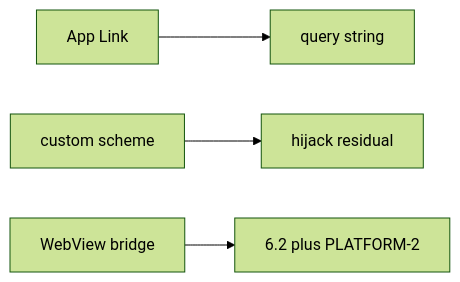
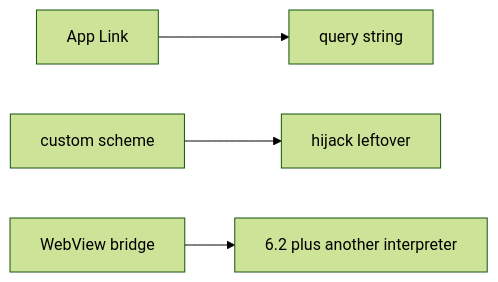
The second of 2 diagrams in content/modules/8/8.3/lessons/02-model.md (ishitvagoel/LearnSecurity), drawn with Mermaid (forest theme) before and after one commit. The commit also changed other lines of this file and 39 other files, not shown here.

````diff
--- a/content/modules/8/8.3/lessons/02-model.md
+++ b/content/modules/8/8.3/lessons/02-model.md
@@ -23,6 +22,6 @@
 ```mermaid
 flowchart LR
   Link[App Link] --> Q[query string]
-  Scheme[custom scheme] --> Hijack[hijack residual]
-  Wv["WebView bridge"] --> Js["6.2 plus PLATFORM-2"]
+  Scheme[custom scheme] --> Hijack[hijack leftover]
+  Wv["WebView bridge"] --> Js["6.2 plus another interpreter"]
 ```
````
